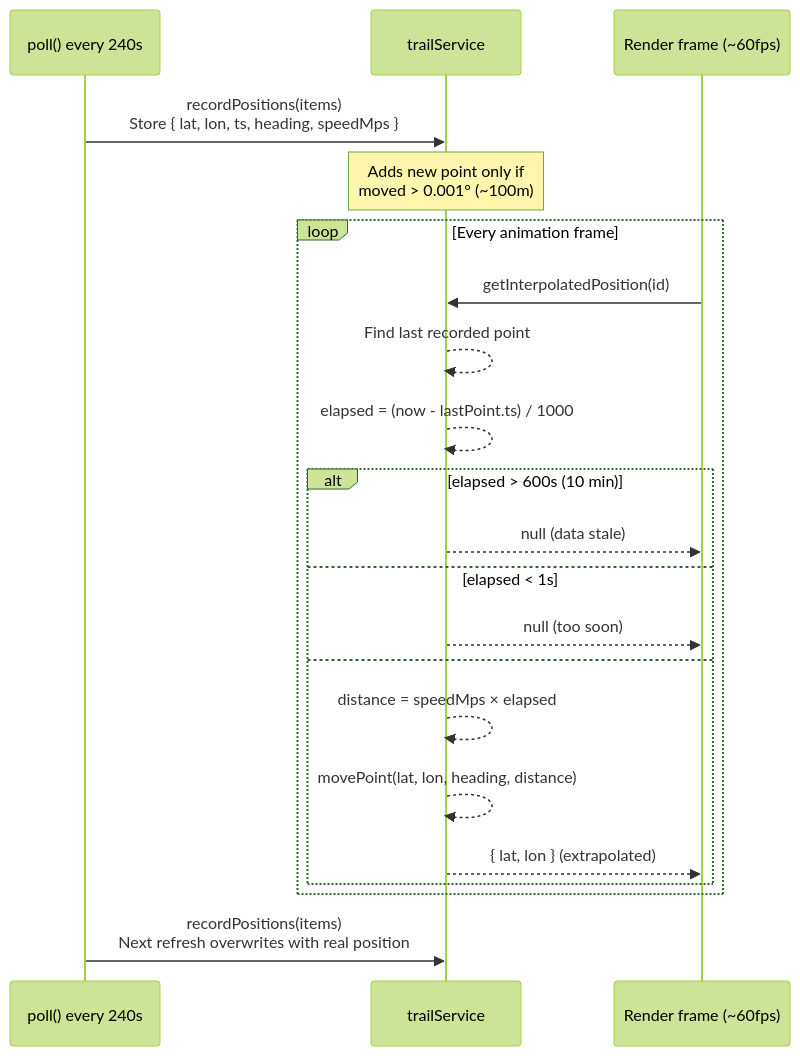
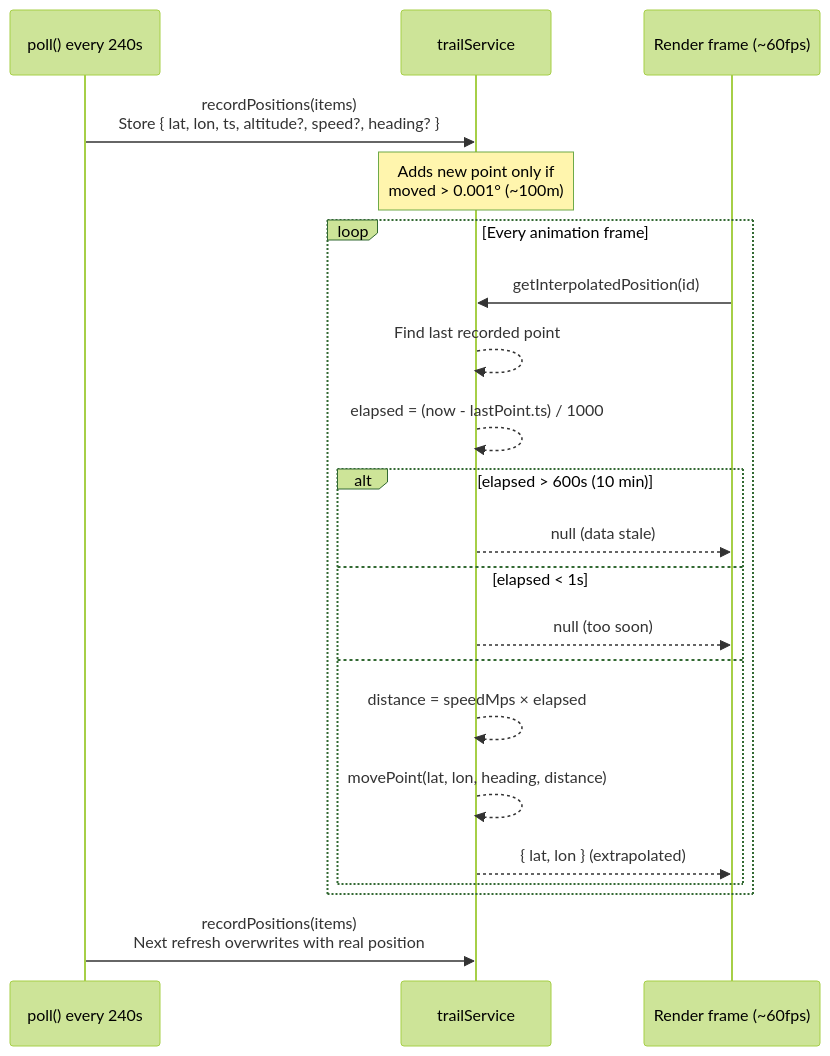
Before and after one commit to iiTONELOC/sigint: the ninth of 14 diagrams in docs/architecture.md, drawn with Mermaid (forest theme). The commit also changed other lines of this file and 39 other files, not shown here.

````diff
--- a/docs/architecture.md
+++ b/docs/architecture.md
@@ -425,26 +459,26 @@
 ```mermaid
 sequenceDiagram
     participant Poll as poll() every 240s
     participant Trail as trailService
     participant Frame as Render frame (~60fps)
 
-    Poll->>Trail: recordPositions(items)<br/>Store { lat, lon, ts, heading, speedMps }
+    Poll->>Trail: recordPositions(items)<br/>Store { lat, lon, ts, altitude?, speed?, heading? }
     Note over Trail: Adds new point only if<br/>moved > 0.001° (~100m)
 
     loop Every animation frame
         Frame->>Trail: getInterpolatedPosition(id)
         Trail-->>Trail: Find last recorded point
         Trail-->>Trail: elapsed = (now - lastPoint.ts) / 1000
         alt elapsed > 600s (10 min)
             Trail-->>Frame: null (data stale)
         else elapsed < 1s
             Trail-->>Frame: null (too soon)
         else
             Trail-->>Trail: distance = speedMps × elapsed
             Trail-->>Trail: movePoint(lat, lon, heading, distance)
             Trail-->>Frame: { lat, lon } (extrapolated)
         end
     end
 
     Poll->>Trail: recordPositions(items)<br/>Next refresh overwrites with real position
 ```
````
